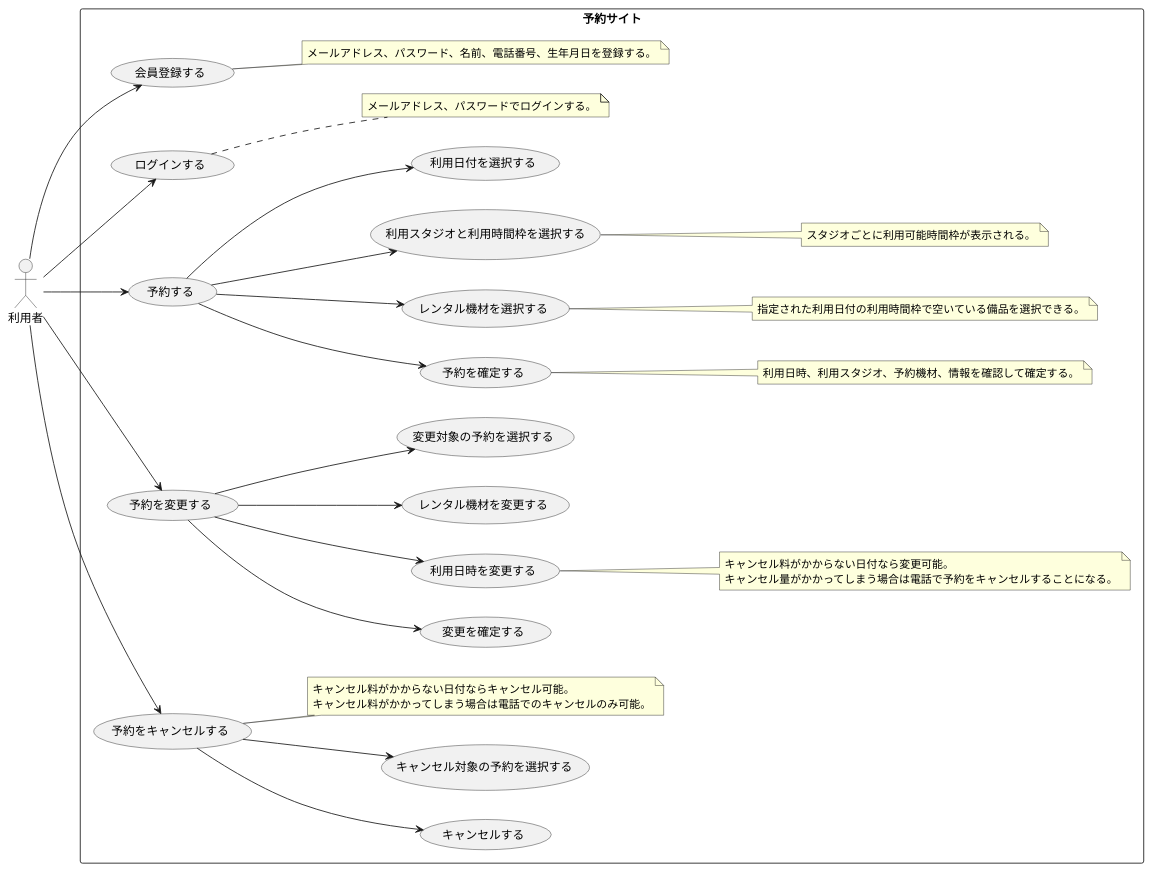
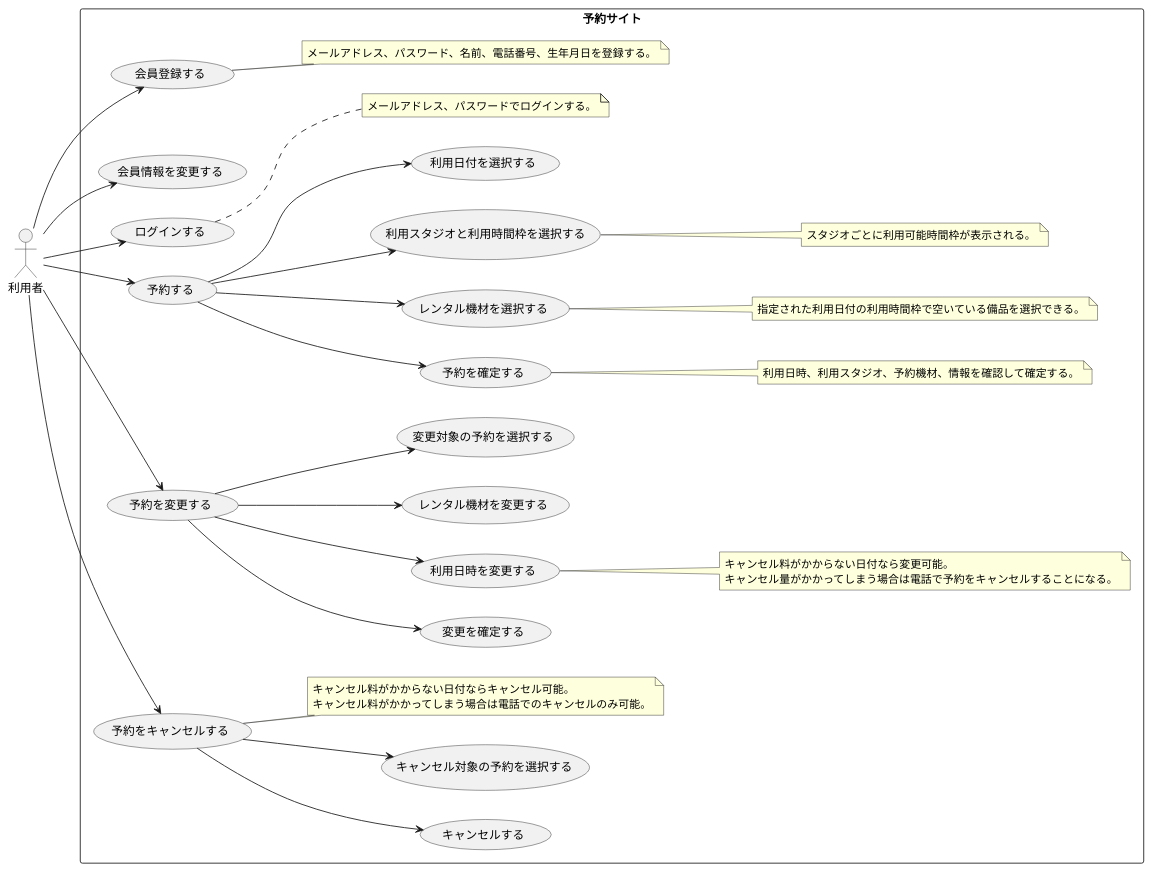
One commit to TakashiOnawa/ddd-practice-studio-reservation changed the diagram in modeling/05_Usecase_Web予約.pu. Above: the diagram before and after it, drawn with PlantUML. The commit also changed 5 other files, not shown here.

```diff
--- a/modeling/05_Usecase_Web予約.pu
+++ b/modeling/05_Usecase_Web予約.pu
@@ -1,58 +1,59 @@
 @startuml Usecase
 
 left to right direction
 
 actor 利用者
 
 rectangle 予約サイト {
     利用者 --> (会員登録する)
+    利用者 --> (会員情報を変更する)
     利用者 --> (ログインする)
 
     利用者 --> (予約する)
     (予約する) --> (予約を確定する)
     (予約する) --> (レンタル機材を選択する)
     (予約する) --> (利用スタジオと利用時間枠を選択する)
     (予約する) --> (利用日付を選択する)
 
     note right of (会員登録する)
     メールアドレス、パスワード、名前、電話番号、生年月日を登録する。
     end note
 
     note right of (ログインする)
     メールアドレス、パスワードでログインする。
     end note
 
     note right of (利用スタジオと利用時間枠を選択する)
     スタジオごとに利用可能時間枠が表示される。
     end note
 
     note right of (レンタル機材を選択する)
     指定された利用日付の利用時間枠で空いている備品を選択できる。
     end note
     
     note right of (予約を確定する)
     利用日時、利用スタジオ、予約機材、情報を確認して確定する。
     end note
 
     利用者 --> (予約を変更する)
     (予約を変更する) --> (変更を確定する)
     (予約を変更する) --> (利用日時を変更する)
     (予約を変更する) --> (レンタル機材を変更する)
     (予約を変更する) --> (変更対象の予約を選択する)
 
     note right of (利用日時を変更する)
     キャンセル料がかからない日付なら変更可能。
     キャンセル量がかかってしまう場合は電話で予約をキャンセルすることになる。
     end note
 
     利用者 --> (予約をキャンセルする)
     (予約をキャンセルする) --> (キャンセルする)
     (予約をキャンセルする) --> (キャンセル対象の予約を選択する)
 
     note right of (予約をキャンセルする)
     キャンセル料がかからない日付ならキャンセル可能。
     キャンセル料がかかってしまう場合は電話でのキャンセルのみ可能。
     end note
 }
 
 @enduml
```
